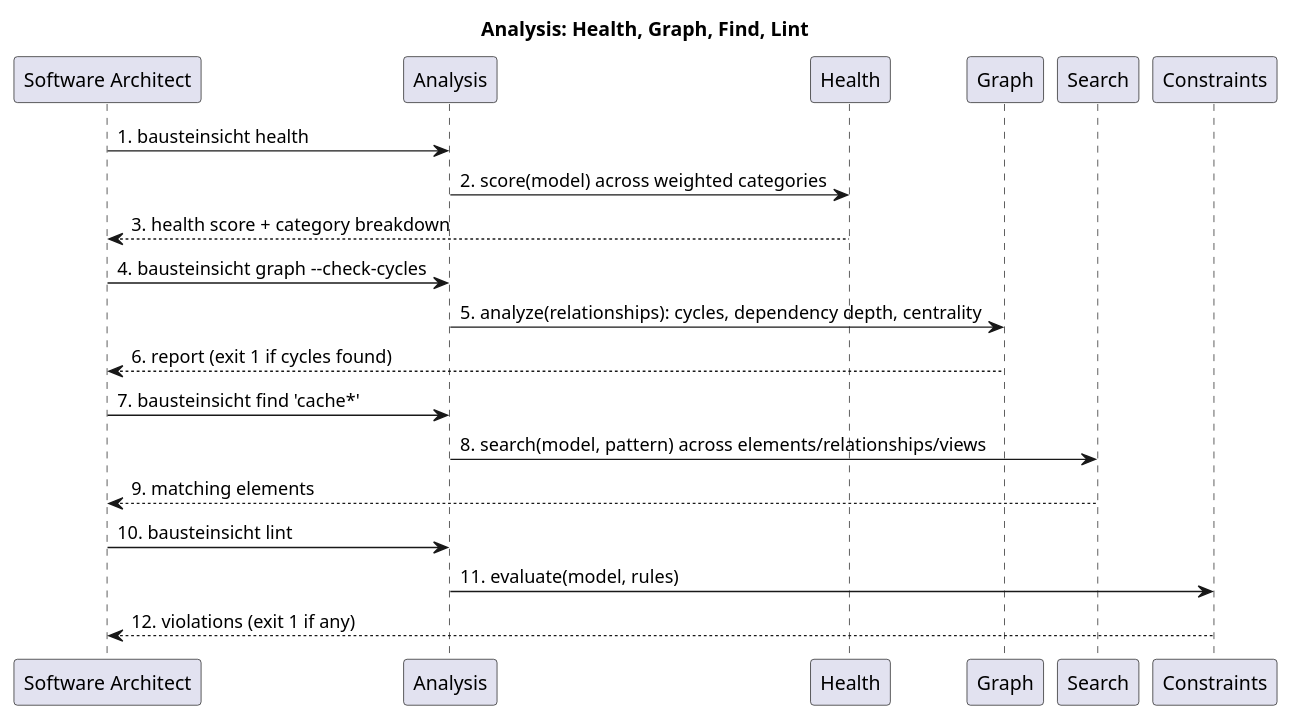
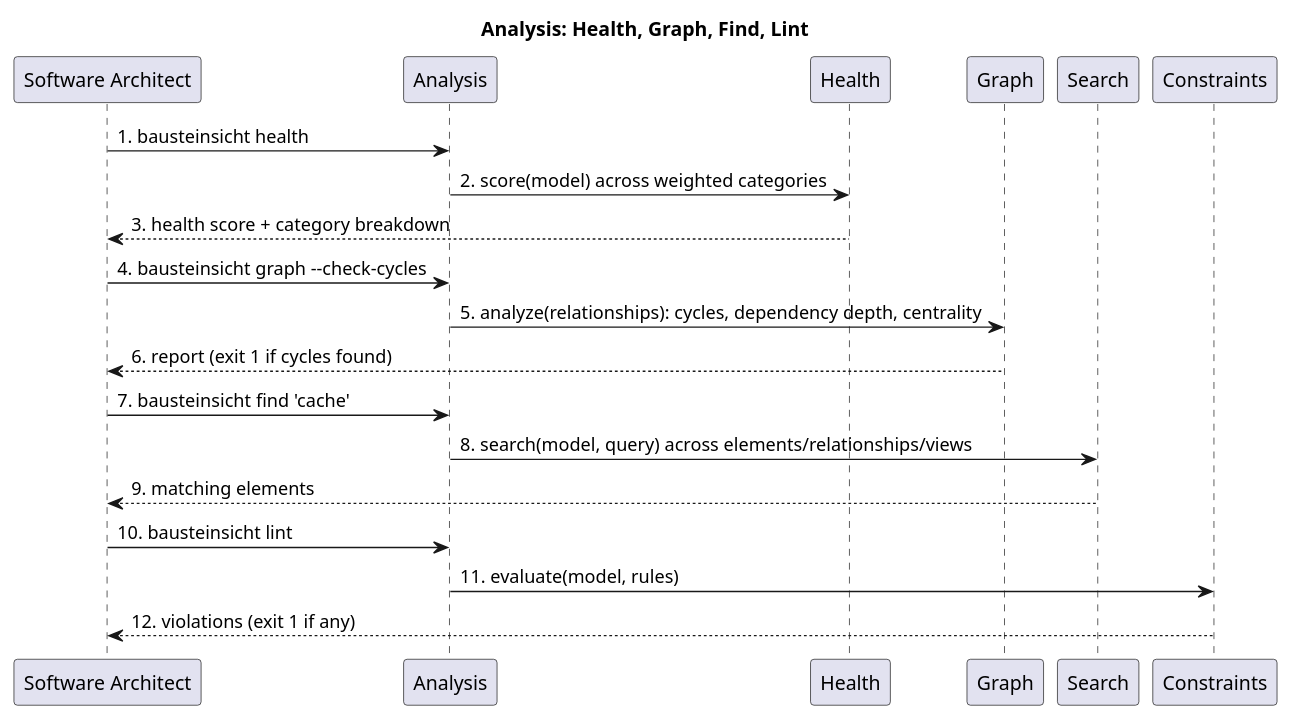
Before and after one commit to docToolchain/Bausteinsicht: the diagram in src/docs/arc42/sequence-analysis-suite.puml, drawn with PlantUML. The commit also changed 12 other files, not shown here.

```diff
--- a/src/docs/arc42/sequence-analysis-suite.puml
+++ b/src/docs/arc42/sequence-analysis-suite.puml
@@ -1,24 +1,24 @@
 @startuml analysis_suite
 title Analysis: Health, Graph, Find, Lint
 
 participant "Software Architect" as architect
 participant "Analysis" as bausteinsicht_cli_analysis
 participant "Health" as bausteinsicht_health
 participant "Graph" as bausteinsicht_graph
 participant "Search" as bausteinsicht_search
 participant "Constraints" as bausteinsicht_constraints
 
 architect -> bausteinsicht_cli_analysis : 1. bausteinsicht health
 bausteinsicht_cli_analysis -> bausteinsicht_health : 2. score(model) across weighted categories
 bausteinsicht_health --> architect : 3. health score + category breakdown
 architect -> bausteinsicht_cli_analysis : 4. bausteinsicht graph ‑‑check-cycles
 bausteinsicht_cli_analysis -> bausteinsicht_graph : 5. analyze(relationships): cycles, dependency depth, centrality
 bausteinsicht_graph --> architect : 6. report (exit 1 if cycles found)
-architect -> bausteinsicht_cli_analysis : 7. bausteinsicht find 'cache*'
-bausteinsicht_cli_analysis -> bausteinsicht_search : 8. search(model, pattern) across elements/relationships/views
+architect -> bausteinsicht_cli_analysis : 7. bausteinsicht find 'cache'
+bausteinsicht_cli_analysis -> bausteinsicht_search : 8. search(model, query) across elements/relationships/views
 bausteinsicht_search --> architect : 9. matching elements
 architect -> bausteinsicht_cli_analysis : 10. bausteinsicht lint
 bausteinsicht_cli_analysis -> bausteinsicht_constraints : 11. evaluate(model, rules)
 bausteinsicht_constraints --> architect : 12. violations (exit 1 if any)
 
 @enduml
```
